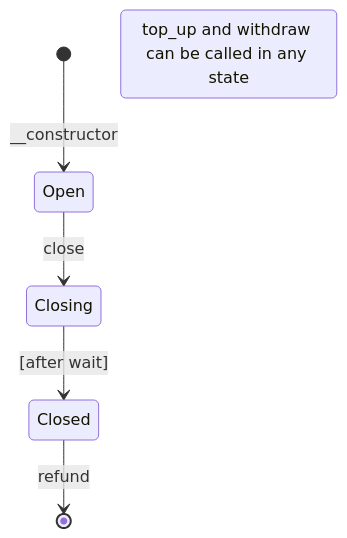
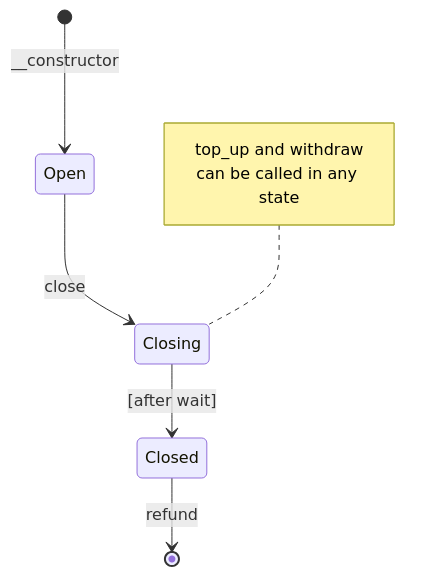
Before and after one commit to stellar-experimental/one-way-channel: the diagram in README.md, drawn with Mermaid.

Commit message:
move state diagram note inline with mermaid syntax

````diff
--- a/README.md
+++ b/README.md
@@ -38,8 +38,11 @@
 ```mermaid
 stateDiagram-v2
     [*] --> Open: __constructor
     Open --> Closing: close
     Closing --> Closed: [after wait]
     Closed --> [*]: refund
-    state "top_up and withdraw can be called in any state" as note
+    note left of Closing
+        top_up and withdraw
+        can be called in any state
+    end note
 ```
````
